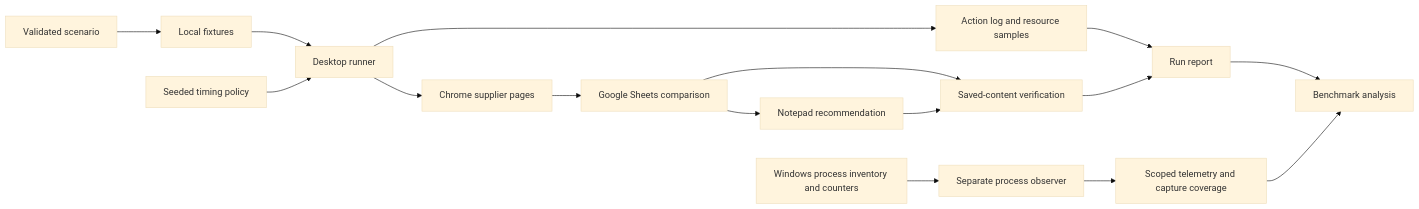
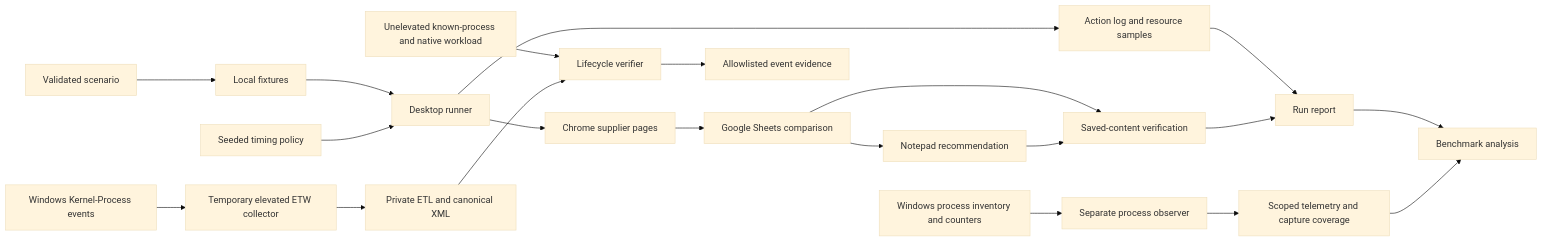
The diagram in docs/ARCHITECTURE.md (ajayasai/office-twin-ntu-st-2026), drawn with Mermaid (base theme) before and after one commit. The commit also changed other lines of this file and 18 other files, not shown here.

Commit message:
Publish verified ETW lifecycle and reproduction evidence

````diff
--- a/docs/ARCHITECTURE.md
+++ b/docs/ARCHITECTURE.md
@@ -5,18 +5,23 @@
 ```mermaid
 flowchart LR
     A[Validated scenario] --> B[Local fixtures]
     B --> C[Desktop runner]
     T[Seeded timing policy] --> C
     C --> D[Chrome supplier pages]
     D --> E[Google Sheets comparison]
     E --> F[Notepad recommendation]
     C --> G[Action log and resource samples]
     E --> H[Saved-content verification]
     F --> H
     G --> I[Run report]
     H --> I
     J[Windows process inventory and counters] --> K[Separate process observer]
     K --> L[Scoped telemetry and capture coverage]
     I --> M[Benchmark analysis]
     L --> M
+    N[Windows Kernel-Process events] --> O[Temporary elevated ETW collector]
+    O --> P[Private ETL and canonical XML]
+    Q[Unelevated known-process and native workload] --> R[Lifecycle verifier]
+    P --> R
+    R --> S[Allowlisted event evidence]
 ```
````
